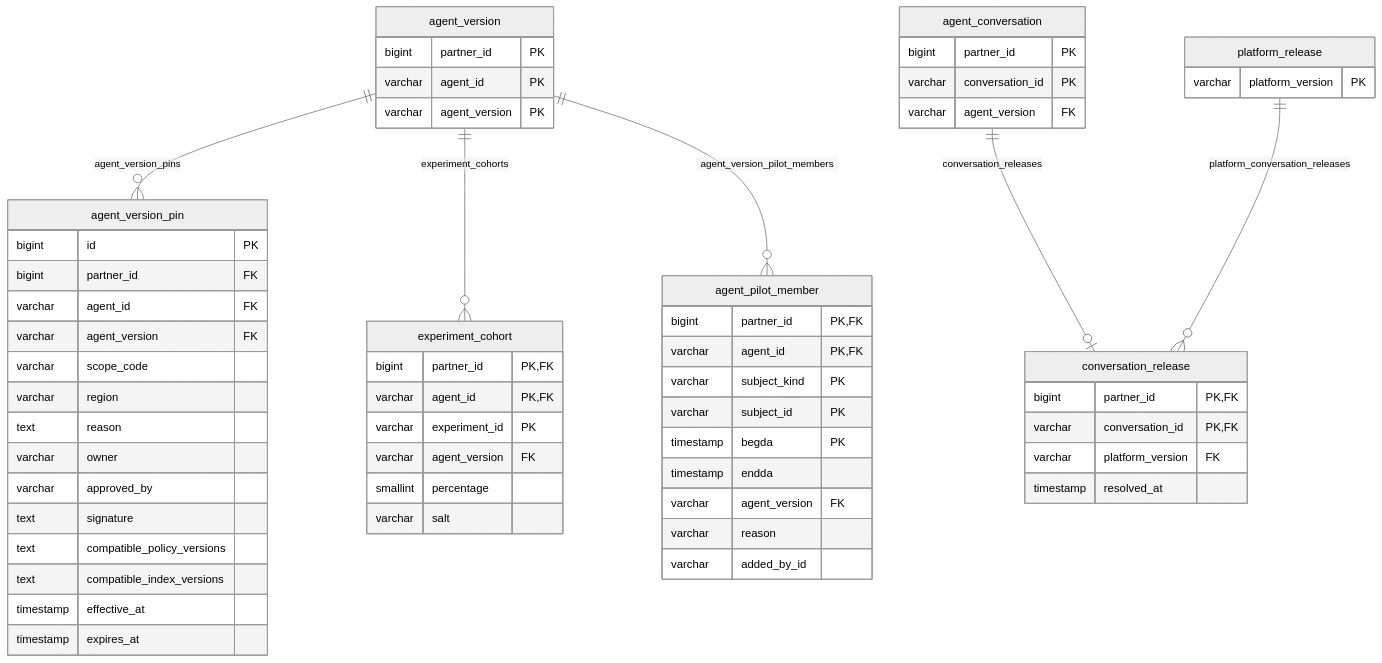
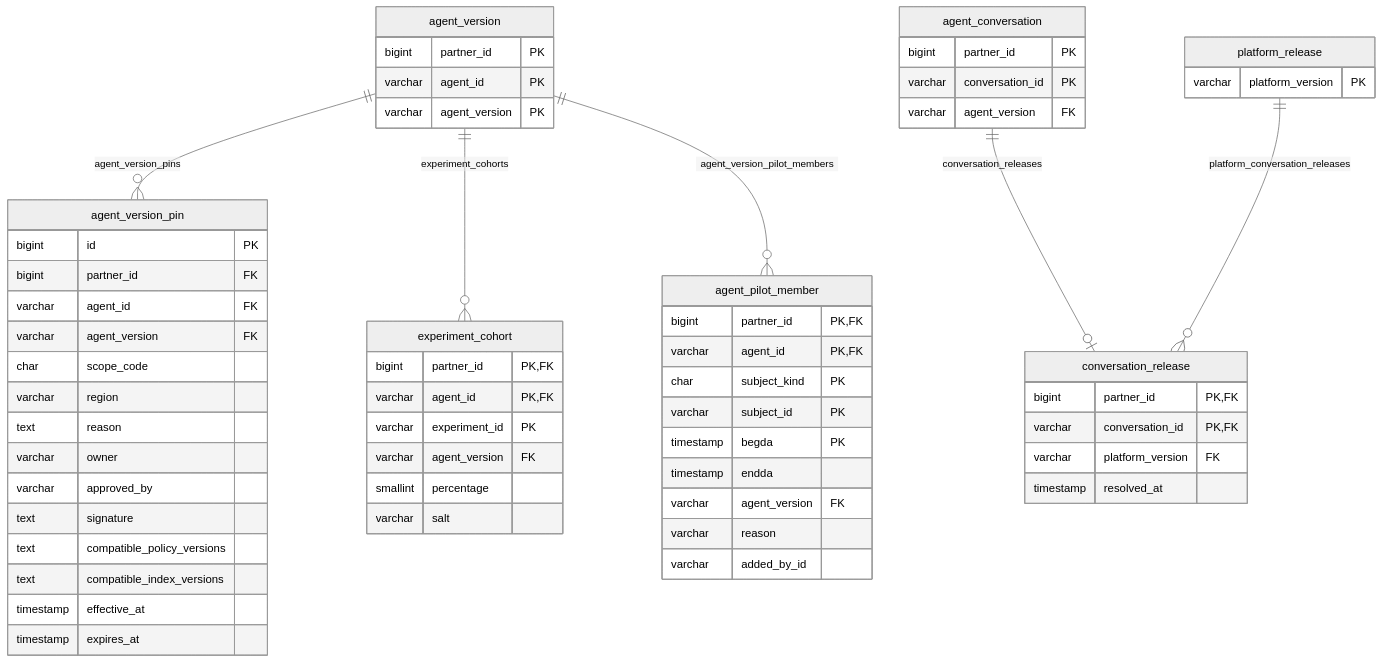
Diagram 20 of 21 in doc/database.md (nauticana/scout), drawn with Mermaid (neutral theme) before and after one commit. The commit also changed other lines of this file and 216 other files, not shown here.

````diff
--- a/doc/database.md
+++ b/doc/database.md
@@ -1934,63 +1934,63 @@
 ```mermaid
 erDiagram
     agent_version ||--o{ agent_version_pin : agent_version_pins
     agent_version ||--o{ experiment_cohort : experiment_cohorts
     agent_version ||--o{ agent_pilot_member : agent_version_pilot_members
     agent_conversation ||--o| conversation_release : conversation_releases
     platform_release ||--o{ conversation_release : platform_conversation_releases
 
     agent_version {
         bigint partner_id PK
         varchar agent_id PK
         varchar agent_version PK
     }
     agent_conversation {
         bigint partner_id PK
         varchar conversation_id PK
         varchar agent_version FK
     }
     platform_release {
         varchar platform_version PK
     }
     agent_version_pin {
         bigint id PK
         bigint partner_id FK
         varchar agent_id FK
         varchar agent_version FK
-        varchar scope_code
+        char scope_code
         varchar region
         text reason
         varchar owner
         varchar approved_by
         text signature
         text compatible_policy_versions
         text compatible_index_versions
         timestamp effective_at
         timestamp expires_at
     }
     experiment_cohort {
         bigint partner_id PK,FK
         varchar agent_id PK,FK
         varchar experiment_id PK
         varchar agent_version FK
         smallint percentage
         varchar salt
     }
     agent_pilot_member {
         bigint partner_id PK,FK
         varchar agent_id PK,FK
-        varchar subject_kind PK
+        char subject_kind PK
         varchar subject_id PK
         timestamp begda PK
         timestamp endda
         varchar agent_version FK
         varchar reason
         varchar added_by_id
     }
     conversation_release {
         bigint partner_id PK,FK
         varchar conversation_id PK,FK
         varchar platform_version FK
         timestamp resolved_at
     }
 ```
````
